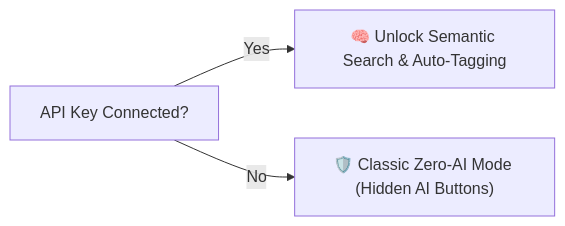
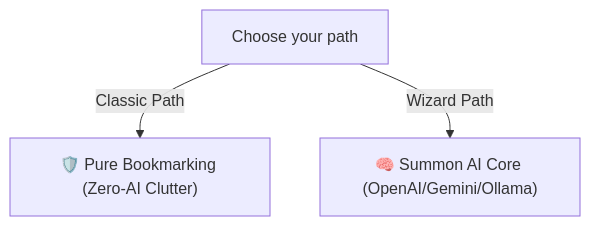
The first of 2 diagrams in USER_GUIDE.md (akshaybhandare/slip), drawn with Mermaid before and after one commit. The commit also changed other lines of this file, not shown here.

````diff
--- a/USER_GUIDE.md
+++ b/USER_GUIDE.md
@@ -54,5 +40,5 @@
 ```mermaid
-flowchart LR
-    A["API Key Connected?"] -- Yes --> B["🧠 Unlock Semantic Search & Auto-Tagging"]
-    A -- No --> C["🛡️ Classic Zero-AI Mode (Hidden AI Buttons)"]
+flowchart TD
+    A["Choose your path"] -->|Classic Path| B["🛡️ Pure Bookmarking (Zero-AI Clutter)"]
+    A -->|Wizard Path| C["🧠 Summon AI Core (OpenAI/Gemini/Ollama)"]
 ```
````
